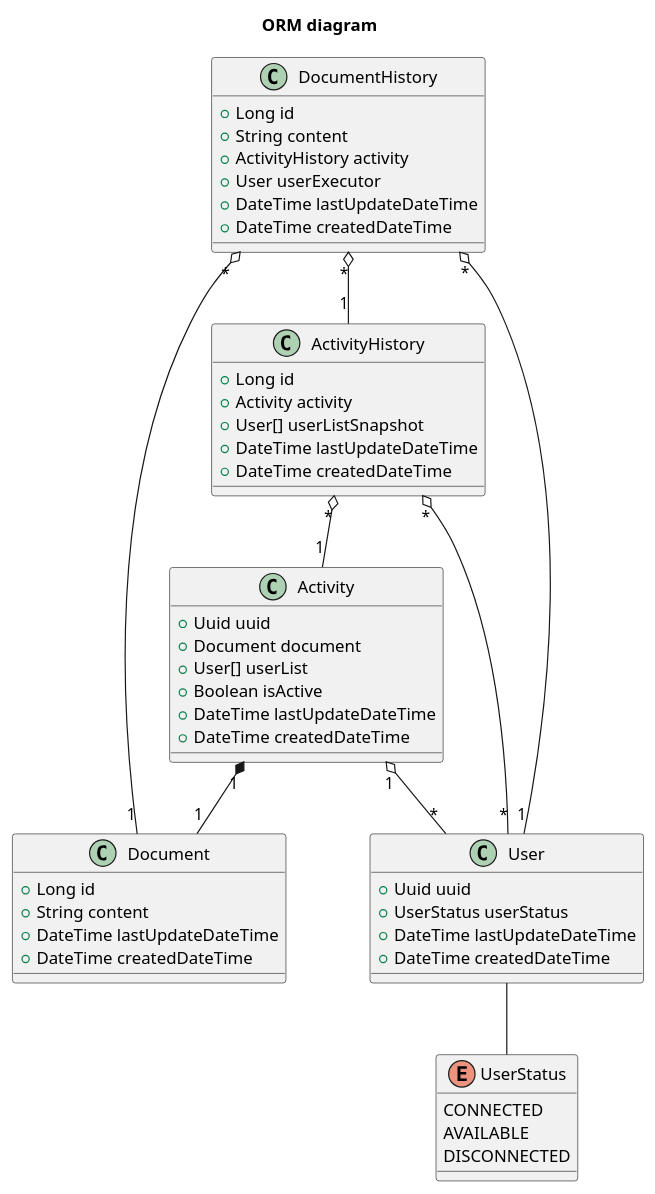
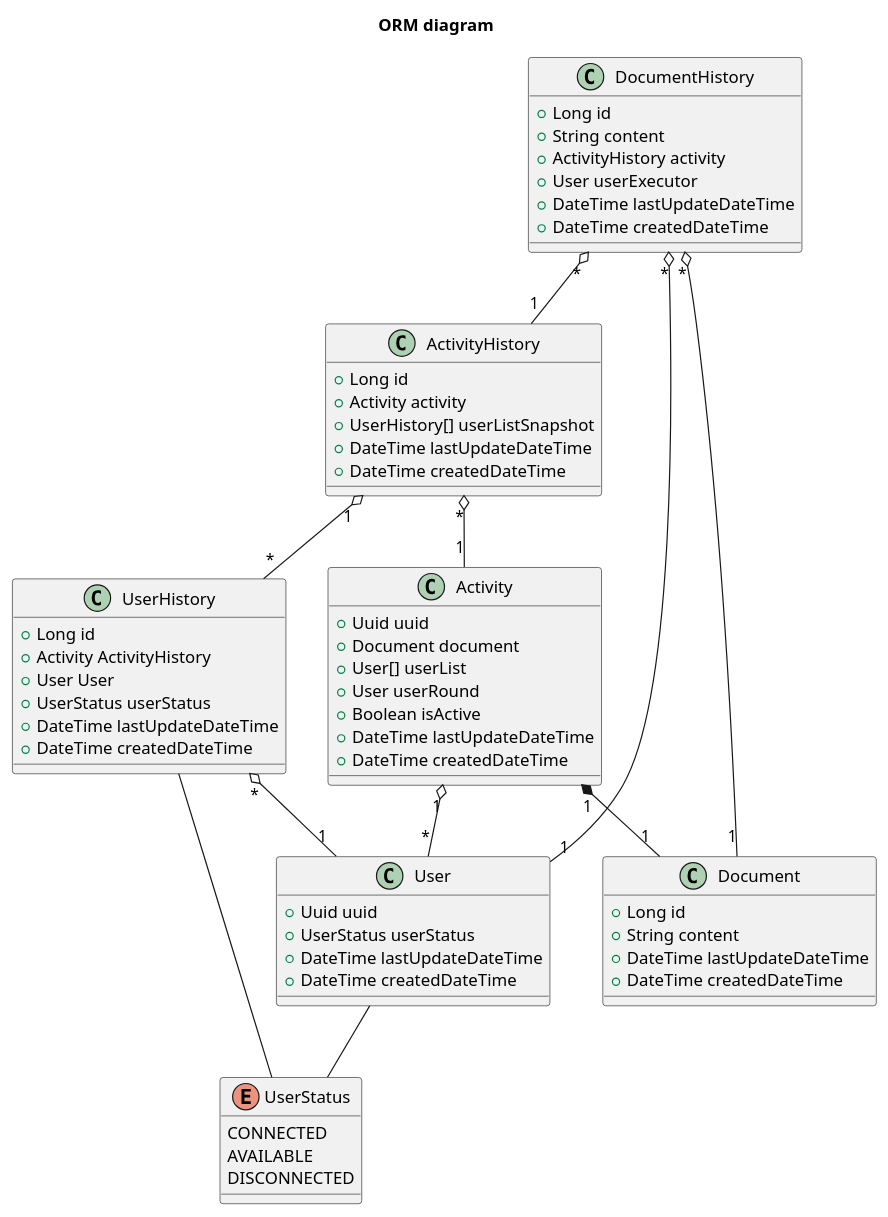
One commit to orion-services/Activity changed the diagram in docs/diagrams/class/ORM.wsd. Above: the diagram before and after it, drawn with PlantUML.

Commit message:
#22 Adjust class ORM

```diff
--- a/docs/diagrams/class/ORM.wsd
+++ b/docs/diagrams/class/ORM.wsd
@@ -1,65 +1,78 @@
 @startuml ORM
   title "ORM diagram"
   ' ------ CLASS DECLARATION ------
   class Activity {
     +Uuid uuid
     +Document document
     +User[] userList
+    +User userRound
     +Boolean isActive
     +DateTime lastUpdateDateTime
     +DateTime createdDateTime
   }
 
   class Document {
     +Long id
     +String content
     +DateTime lastUpdateDateTime
     +DateTime createdDateTime
   }
 
   class DocumentHistory {
     +Long id
     +String content
     +ActivityHistory activity
     +User userExecutor
     +DateTime lastUpdateDateTime
     +DateTime createdDateTime
   }
 
   class ActivityHistory {
     +Long id
     +Activity activity
-    +User[] userListSnapshot
+    +UserHistory[] userListSnapshot
+    +DateTime lastUpdateDateTime
+    +DateTime createdDateTime
+  }
+
+  class UserHistory {
+    +Long id
+    +Activity ActivityHistory
+    +User User
+    +UserStatus userStatus
     +DateTime lastUpdateDateTime
     +DateTime createdDateTime
   }
 
   class User {
     +Uuid uuid
     +UserStatus userStatus
     +DateTime lastUpdateDateTime
     +DateTime createdDateTime
   }
 
   enum UserStatus {
     CONNECTED
     AVAILABLE
     DISCONNECTED
   }
   ' ------ END CLASS DECLARATION ------
   ' -----------------------------------
   ' ------ RELATION DECLARATIONS ------
   User -- UserStatus
 
   Activity "1" o-- "*"User
   Activity "1" *-- "1" Document
 
   ActivityHistory "*" o-- "1" Activity
-  ActivityHistory "*" o-- "*" User
+  ActivityHistory "1" o-- "*" UserHistory
 
   DocumentHistory "*" o-- "1" Document
   DocumentHistory "*" o-- "1" User
   DocumentHistory "*" o-- "1" ActivityHistory
 
+  UserHistory "*" o-- "1" User
+  UserHistory -- UserStatus
+
   ' ------ END RELATION DECLARATIONS ------
 @enduml
```
